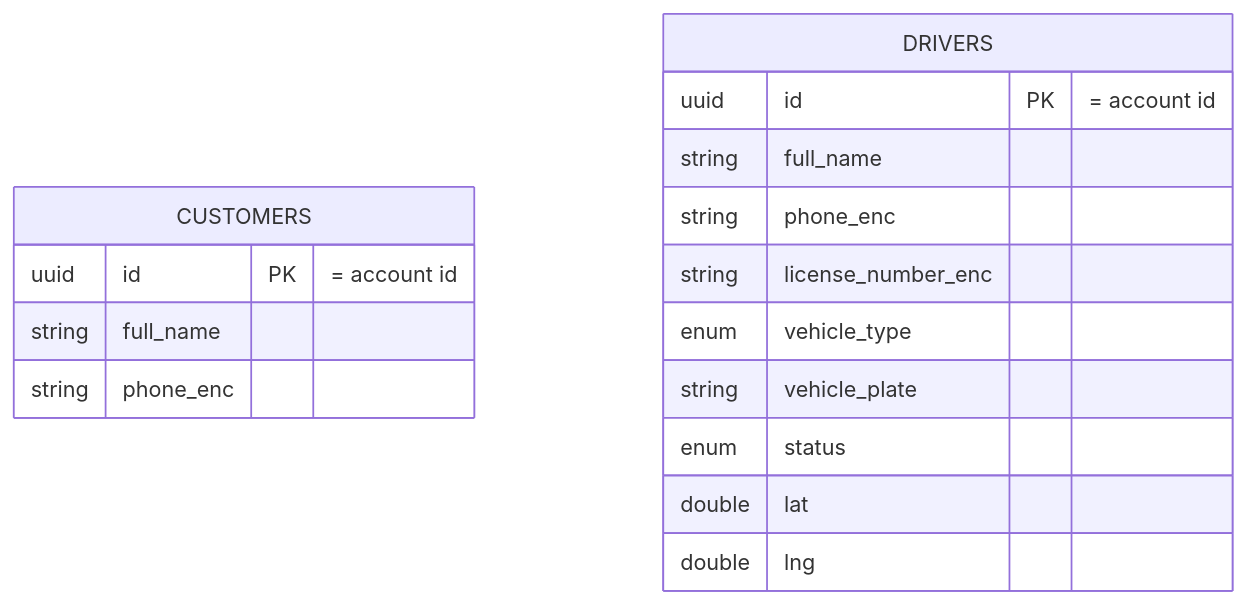
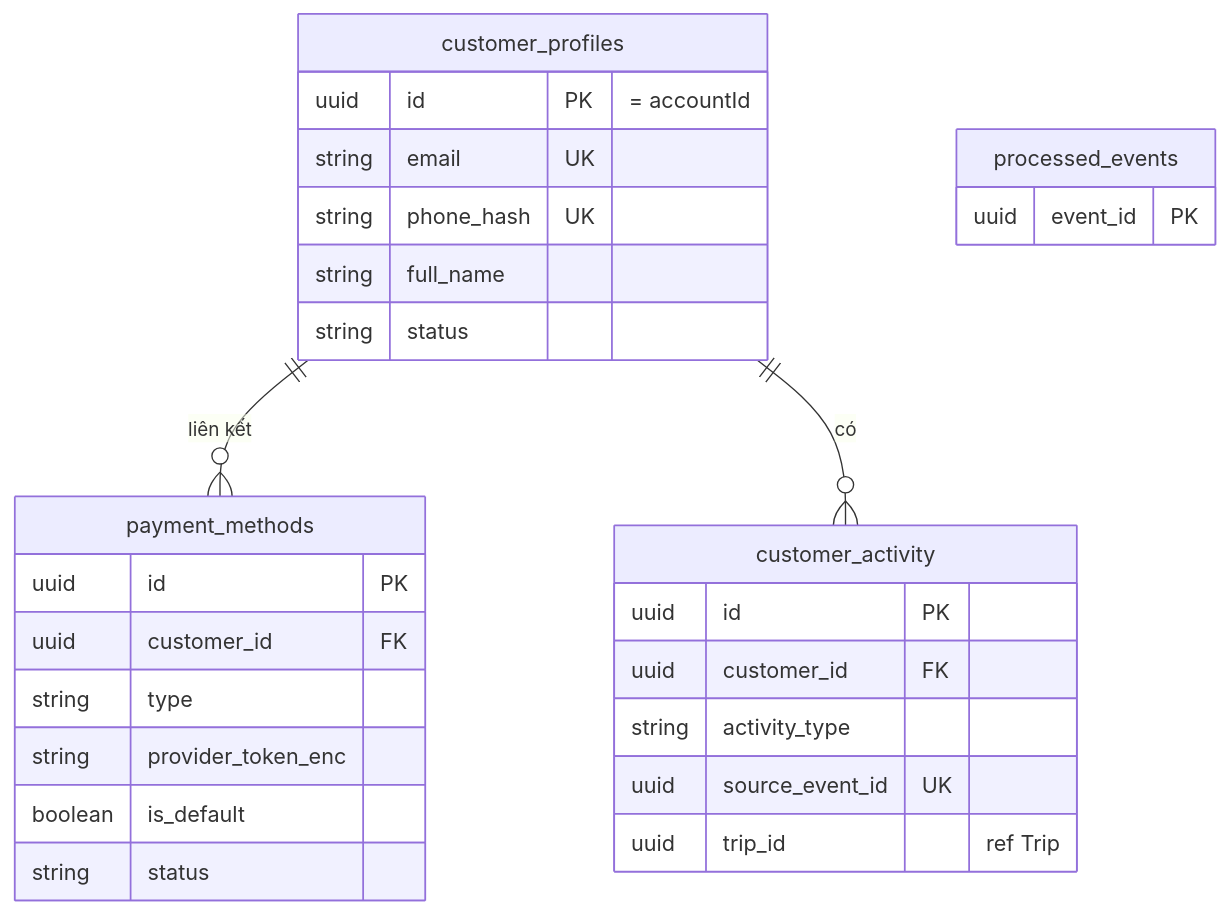
One commit to vthaix/23674231_TranVanThai_Cabsystem changed the seventh of 12 diagrams in microservice_design.md. Above: the diagram before and after it, drawn with Mermaid. The commit also changed other lines of this file and 989 other files, not shown here.

````diff
--- a/microservice_design.md
+++ b/microservice_design.md
@@ -311,19 +957,30 @@
 ```mermaid
 erDiagram
-    CUSTOMERS {
-        uuid id PK "= account id"
+    customer_profiles ||--o{ payment_methods : "liên kết"
+    customer_profiles ||--o{ customer_activity : "có"
+    customer_profiles {
+        uuid id PK "= accountId"
+        string email UK
+        string phone_hash UK
         string full_name
-        string phone_enc
+        string status
     }
-    DRIVERS {
-        uuid id PK "= account id"
-        string full_name
-        string phone_enc
-        string license_number_enc
-        enum vehicle_type
-        string vehicle_plate
-        enum status
-        double lat
-        double lng
+    payment_methods {
+        uuid id PK
+        uuid customer_id FK
+        string type
+        string provider_token_enc
+        boolean is_default
+        string status
+    }
+    customer_activity {
+        uuid id PK
+        uuid customer_id FK
+        string activity_type
+        uuid source_event_id UK
+        uuid trip_id "ref Trip"
+    }
+    processed_events {
+        uuid event_id PK
     }
 ```
````
